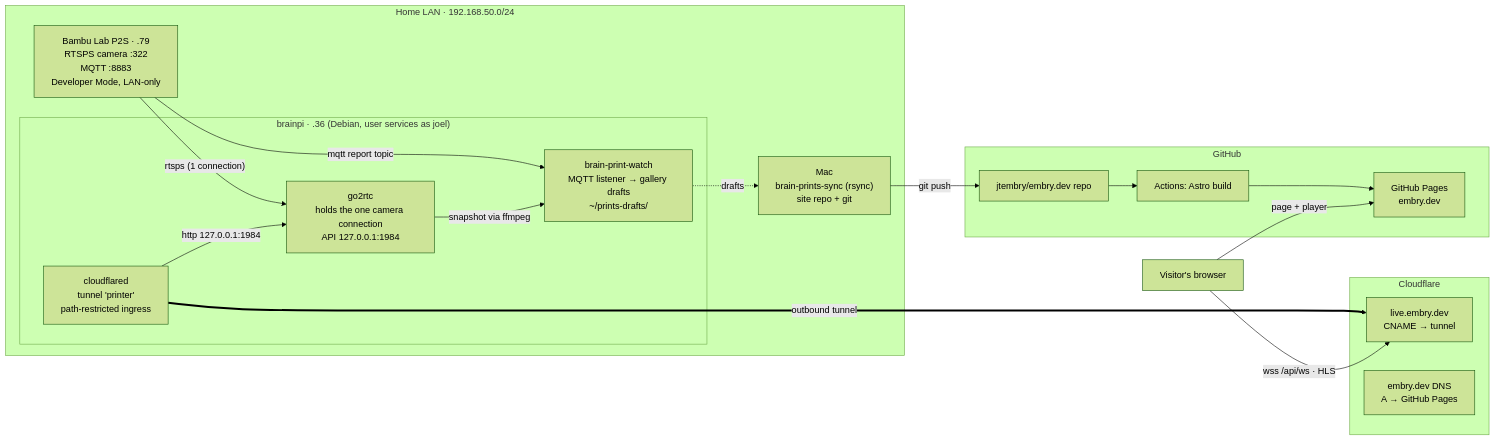
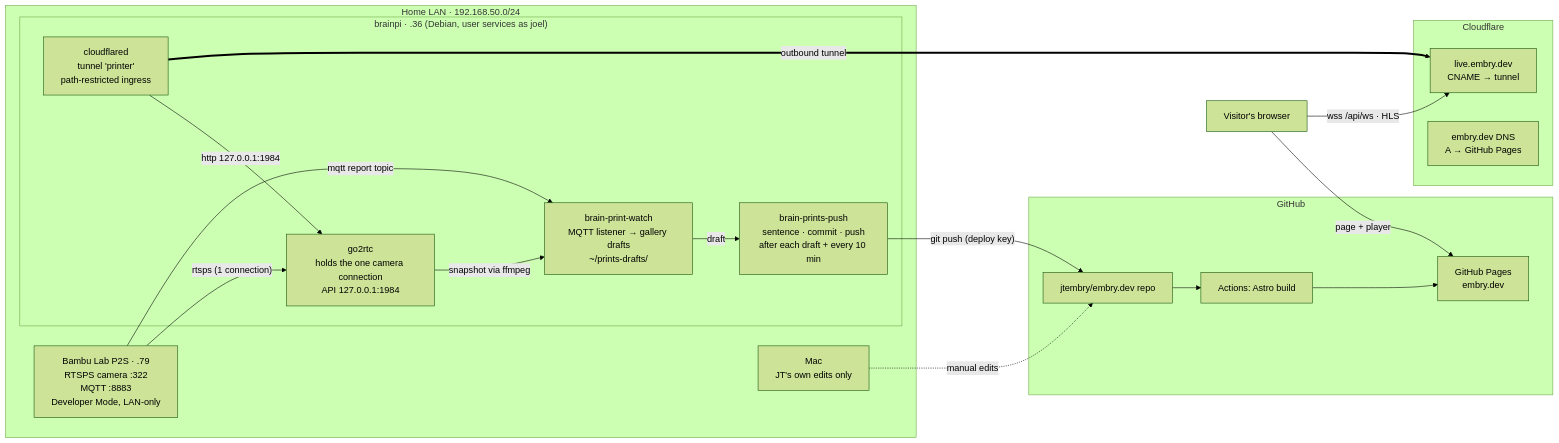
Before and after one commit to jtembry/embry.dev: the first of 4 diagrams in docs/architecture.md, drawn with Mermaid (forest theme). The commit also changed other lines of this file and 5 other files, not shown here.

Commit message:
Gallery publishing moves to brainpi (brain-prints-push + deploy key); docs updated

````diff
--- a/docs/architecture.md
+++ b/docs/architecture.md
@@ -7,32 +7,34 @@
 ```mermaid
 flowchart LR
   subgraph LAN["Home LAN · 192.168.50.0/24"]
     P["Bambu Lab P2S · .79<br/>RTSPS camera :322<br/>MQTT :8883<br/>Developer Mode, LAN-only"]
     subgraph PI["brainpi · .36 (Debian, user services as joel)"]
       G["go2rtc<br/>holds the one camera connection<br/>API 127.0.0.1:1984"]
       W["brain-print-watch<br/>MQTT listener → gallery drafts<br/>~/prints-drafts/"]
+      U["brain-prints-push<br/>sentence · commit · push<br/>after each draft + every 10 min"]
       C["cloudflared<br/>tunnel 'printer'<br/>path-restricted ingress"]
     end
-    M["Mac<br/>brain-prints-sync (rsync)<br/>site repo + git"]
+    M["Mac<br/>JT's own edits only"]
   end
   subgraph CF["Cloudflare"]
     E["live.embry.dev<br/>CNAME → tunnel"]
     D["embry.dev DNS<br/>A → GitHub Pages"]
   end
   subgraph GH["GitHub"]
     R["jtembry/embry.dev repo"]
     A["Actions: Astro build"]
     PG["GitHub Pages<br/>embry.dev"]
   end
   B["Visitor's browser"]
 
   P -- "rtsps (1 connection)" --> G
   P -- "mqtt report topic" --> W
   G -- "snapshot via ffmpeg" --> W
   C -- "http 127.0.0.1:1984" --> G
   C == "outbound tunnel" ==> E
-  W -. "drafts" .-> M
-  M -- "git push" --> R --> A --> PG
+  W -- "draft" --> U
+  U -- "git push (deploy key)" --> R --> A --> PG
+  M -. "manual edits" .-> R
   B -- "page + player" --> PG
   B -- "wss /api/ws · HLS" --> E
 ```
````
